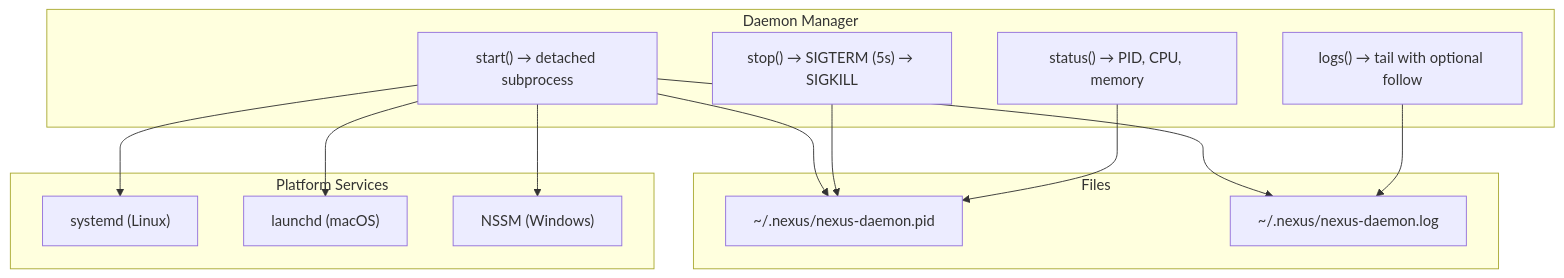
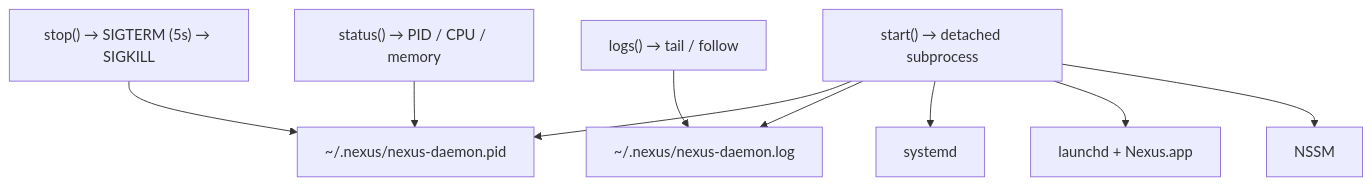
Before and after one commit to NinoCoelho/nexus: the tenth of 11 diagrams in README.md, drawn with Mermaid. The commit also changed other lines of this file and 1 other file, not shown here.

````diff
--- a/README.md
+++ b/README.md
@@ -614,29 +570,19 @@
 ```mermaid
 graph TB
-    subgraph "Daemon Manager"
-        START["start() → detached subprocess"]
-        STOP["stop() → SIGTERM (5s) → SIGKILL"]
-        STATUS["status() → PID, CPU, memory"]
-        LOGS["logs() → tail with optional follow"]
-    end
+    START["start() → detached subprocess"]
+    STOP["stop() → SIGTERM (5s) → SIGKILL"]
+    STATUS["status() → PID / CPU / memory"]
+    LOGS["logs() → tail / follow"]
 
-    subgraph "Platform Services"
-        LINUX["systemd (Linux)"]
-        MAC["launchd (macOS)"]
-        WIN["NSSM (Windows)"]
-    end
+    PID["~/.nexus/nexus-daemon.pid"]
+    LOG["~/.nexus/nexus-daemon.log"]
 
-    subgraph "Files"
-        PID["~/.nexus/nexus-daemon.pid"]
-        LOG["~/.nexus/nexus-daemon.log"]
-    end
+    LINUX["systemd"]
+    MAC["launchd + Nexus.app"]
+    WIN["NSSM"]
 
-    START --> PID
-    START --> LOG
+    START --> PID & LOG & LINUX & MAC & WIN
     STOP --> PID
     STATUS --> PID
     LOGS --> LOG
-    START --> LINUX
-    START --> MAC
-    START --> WIN
 ```
````
